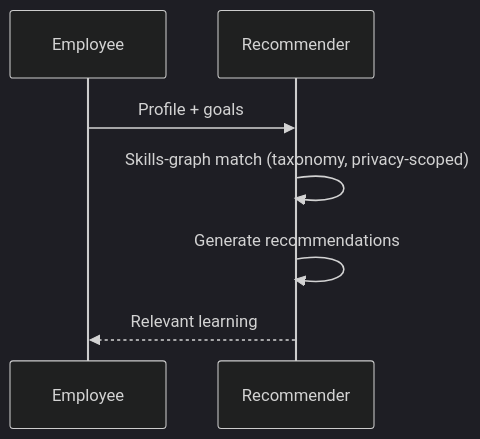
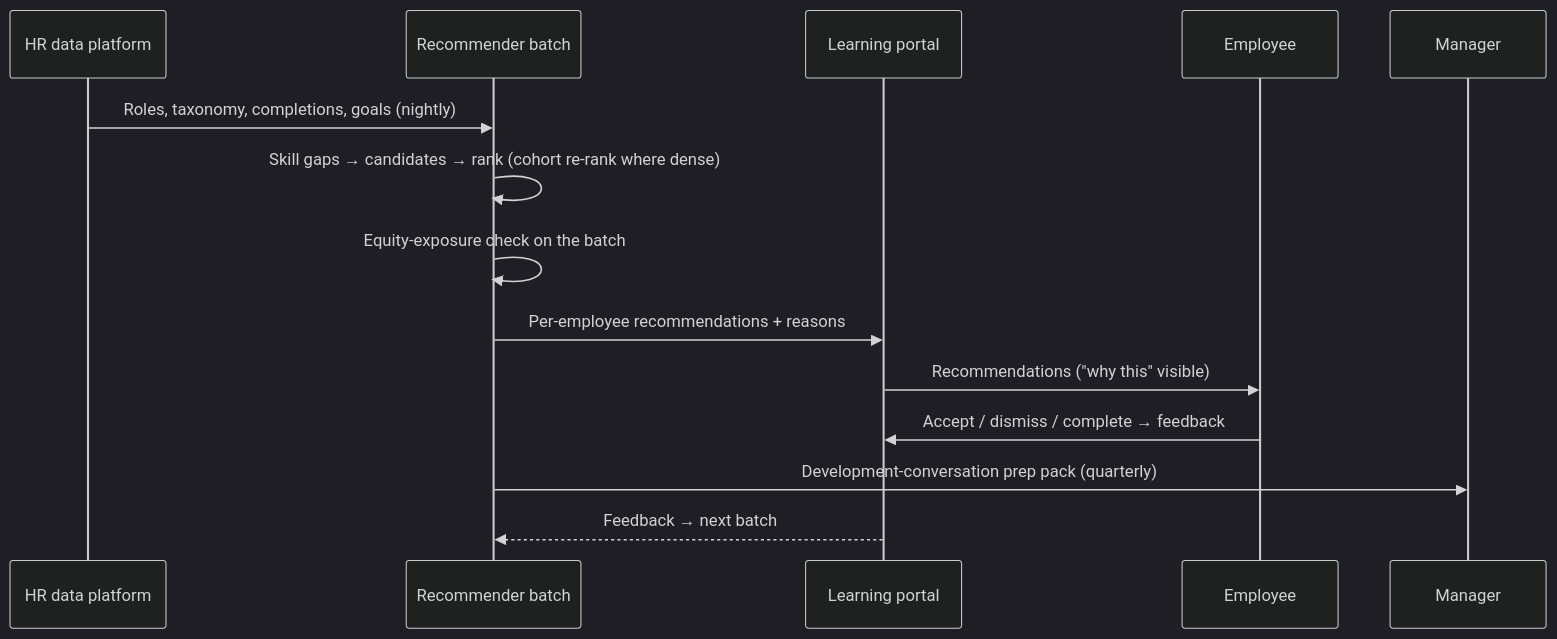
The second of 3 diagrams in case-studies/cs45-learning-development-recommender.md (sivakrushna-works/GSAC), drawn with Mermaid (dark theme) before and after one commit. The commit also changed other lines of this file and 12 other files, not shown here.

````diff
--- a/case-studies/cs45-learning-development-recommender.md
+++ b/case-studies/cs45-learning-development-recommender.md
@@ -52,9 +64,16 @@
 ```mermaid
 sequenceDiagram
+    participant HR as HR data platform
+    participant R as Recommender batch
+    participant P as Learning portal
     participant E as Employee
-    participant R as Recommender
-    E->>R: Profile + goals
-    R->>R: Skills-graph match (taxonomy, privacy-scoped)
-    R->>R: Generate recommendations
-    R-->>E: Relevant learning
+    participant M as Manager
+    HR->>R: Roles, taxonomy, completions, goals (nightly)
+    R->>R: Skill gaps → candidates → rank (cohort re-rank where dense)
+    R->>R: Equity-exposure check on the batch
+    R->>P: Per-employee recommendations + reasons
+    P->>E: Recommendations ("why this" visible)
+    E->>P: Accept / dismiss / complete → feedback
+    R->>M: Development-conversation prep pack (quarterly)
+    P-->>R: Feedback → next batch
 ```
````
